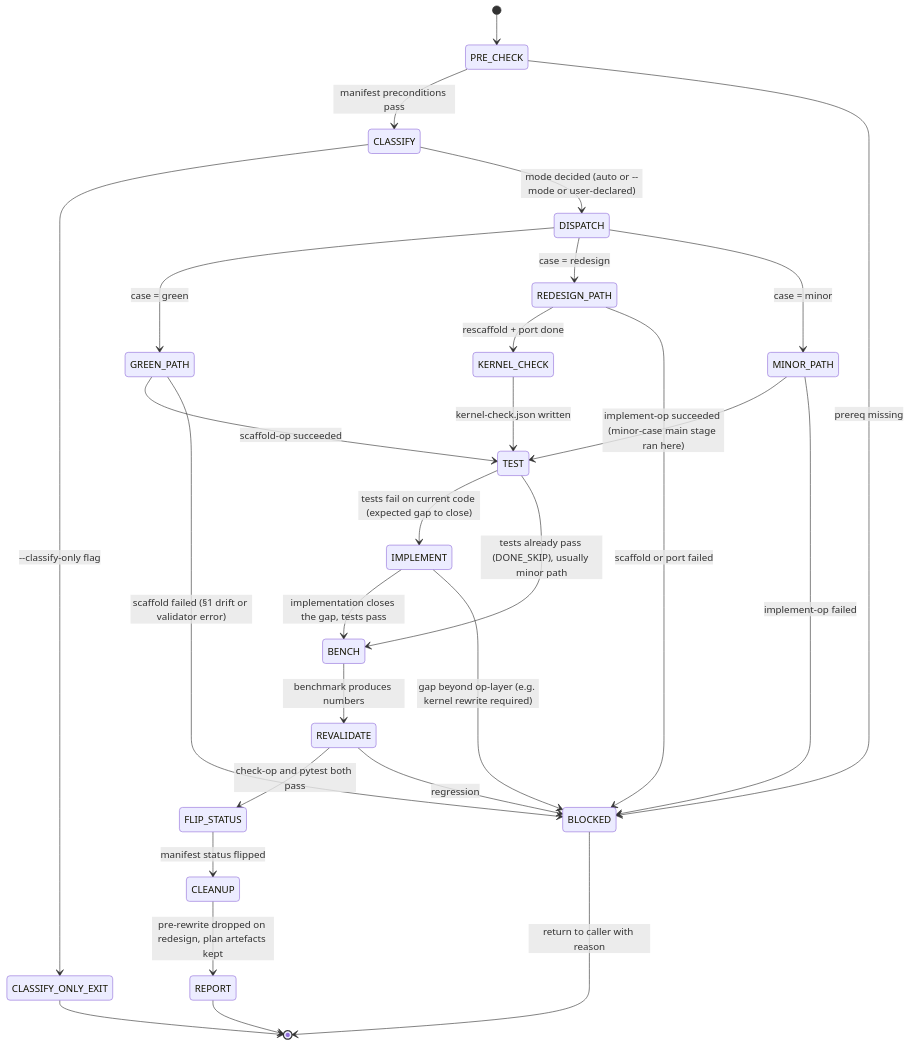
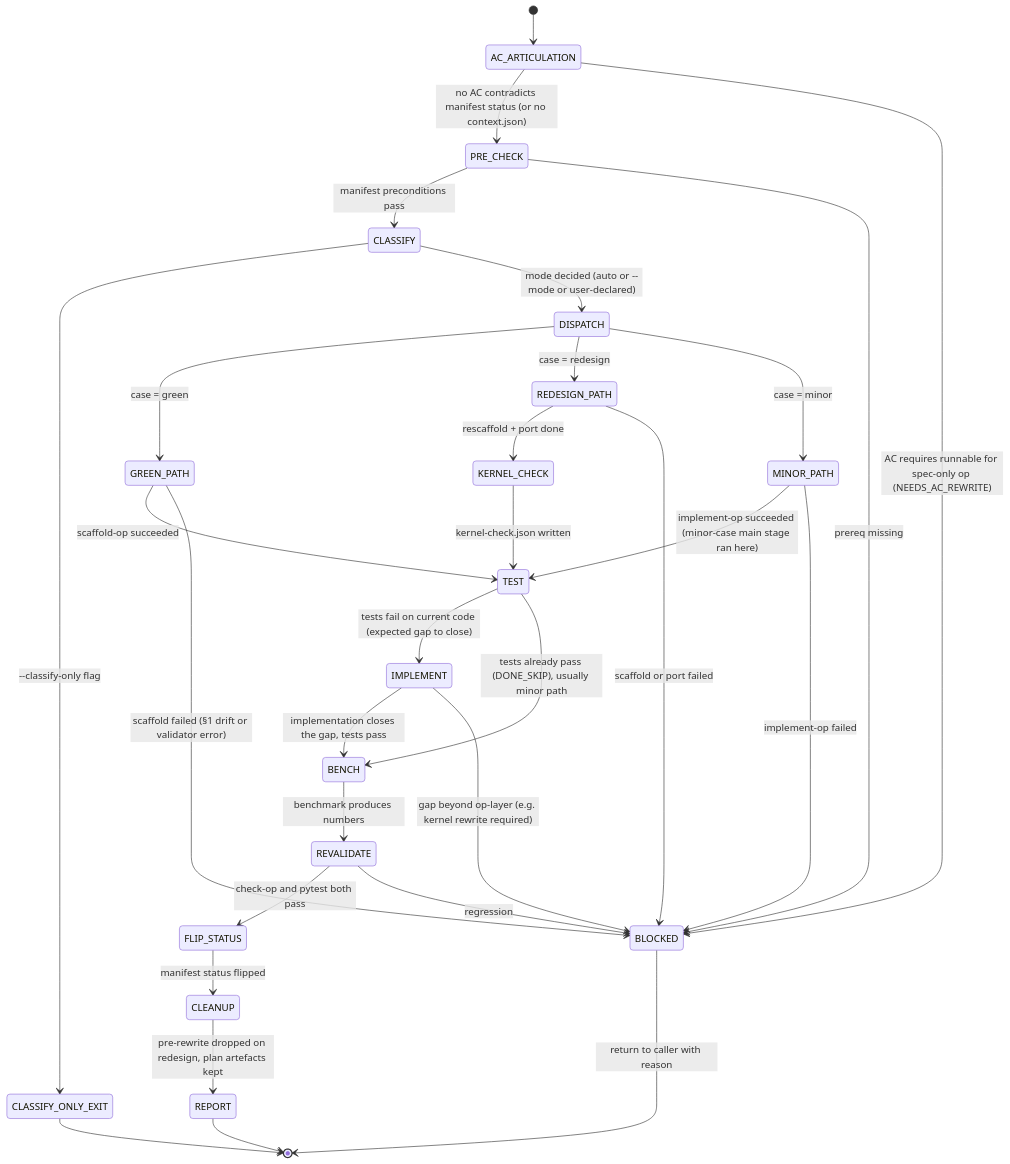
Before and after one commit to tile-ai/TileOPs: the diagram in .claude/skills/align-op/SKILL.md, drawn with Mermaid. The commit also changed other lines of this file and 1 other file, not shown here.

First line of the commit message:
[Feat][Skills] AC-generation articulation gate in align-op and align-family

````diff
--- a/.claude/skills/align-op/SKILL.md
+++ b/.claude/skills/align-op/SKILL.md
@@ -49,30 +49,32 @@
 ```mermaid
 stateDiagram-v2
-    [*] --> PRE_CHECK
+    [*] --> AC_ARTICULATION
+    AC_ARTICULATION --> PRE_CHECK: no AC contradicts manifest status (or no context.json)
+    AC_ARTICULATION --> BLOCKED: AC requires runnable for spec-only op (NEEDS_AC_REWRITE)
     PRE_CHECK --> CLASSIFY: manifest preconditions pass
     PRE_CHECK --> BLOCKED: prereq missing
     CLASSIFY --> CLASSIFY_ONLY_EXIT: --classify-only flag
     CLASSIFY --> DISPATCH: mode decided (auto or --mode or user-declared)
     DISPATCH --> GREEN_PATH: case = green
     DISPATCH --> REDESIGN_PATH: case = redesign
     DISPATCH --> MINOR_PATH: case = minor
     GREEN_PATH --> TEST: scaffold-op succeeded
     REDESIGN_PATH --> KERNEL_CHECK: rescaffold + port done
     KERNEL_CHECK --> TEST: kernel-check.json written
     MINOR_PATH --> TEST: implement-op succeeded (minor-case main stage ran here)
     TEST --> IMPLEMENT: tests fail on current code (expected gap to close)
     TEST --> BENCH: tests already pass (DONE_SKIP), usually minor path
     IMPLEMENT --> BENCH: implementation closes the gap, tests pass
     IMPLEMENT --> BLOCKED: gap beyond op-layer (e.g. kernel rewrite required)
     BENCH --> REVALIDATE: benchmark produces numbers
     REVALIDATE --> FLIP_STATUS: check-op and pytest both pass
     REVALIDATE --> BLOCKED: regression
     FLIP_STATUS --> CLEANUP: manifest status flipped
     CLEANUP --> REPORT: pre-rewrite dropped on redesign, plan artefacts kept
     REPORT --> [*]
     CLASSIFY_ONLY_EXIT --> [*]
     GREEN_PATH --> BLOCKED: scaffold failed (§1 drift or validator error)
     REDESIGN_PATH --> BLOCKED: scaffold or port failed
     MINOR_PATH --> BLOCKED: implement-op failed
     BLOCKED --> [*]: return to caller with reason
 ```
````
